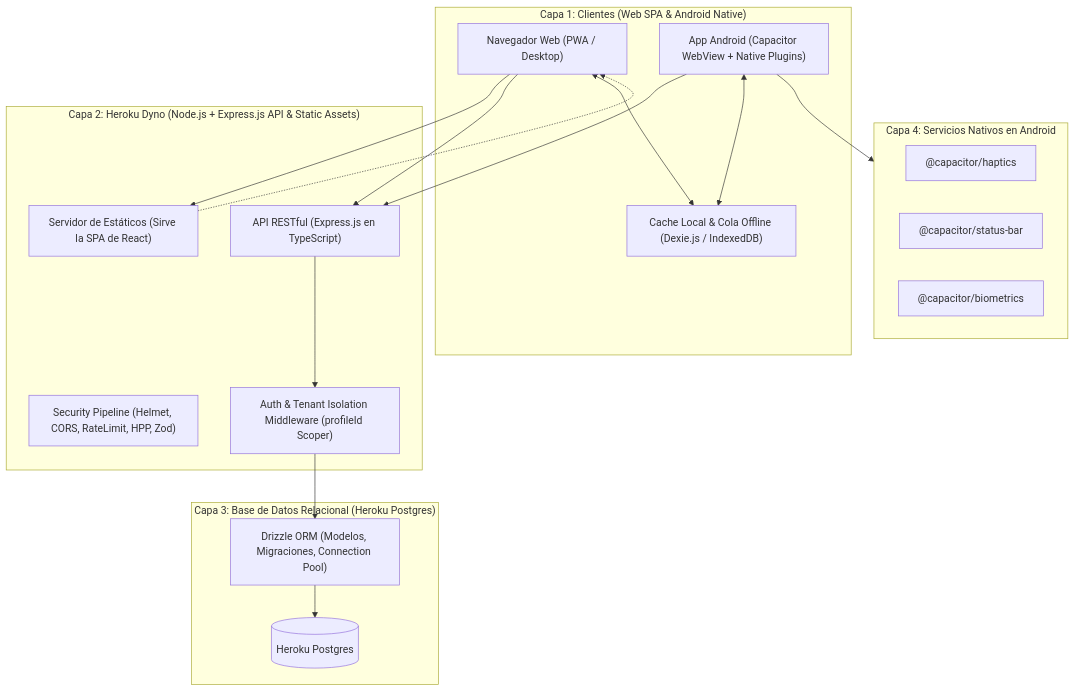
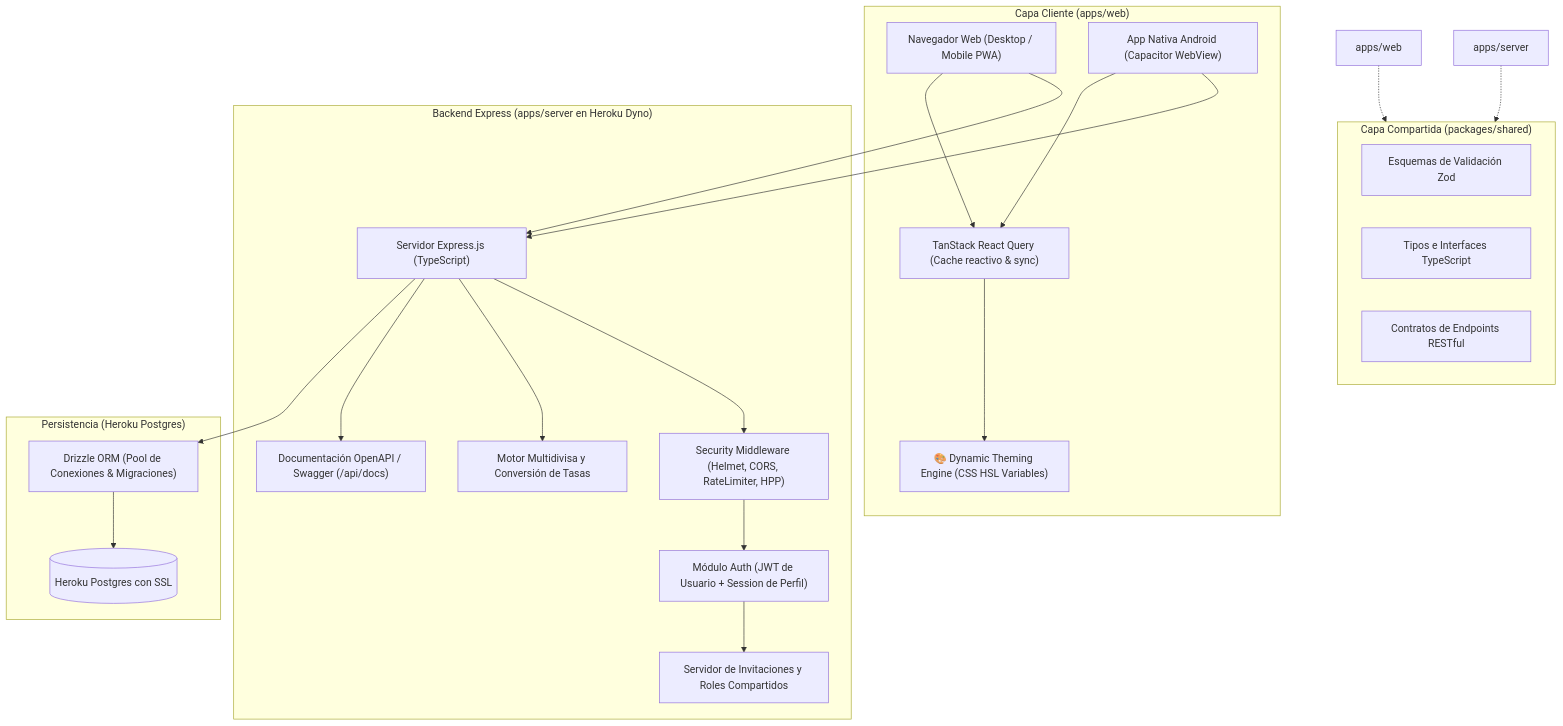
The first of 2 diagrams in documentation/ARCHITECTURE.md (dypok/koin), drawn with Mermaid before and after one commit. The commit also changed other lines of this file and 6 other files, not shown here.

Commit message:
docs: finalize architecture with Turborepo, Netflix-style profiles, shared accounts RBAC, and multi-currency engine

````diff
--- a/documentation/ARCHITECTURE.md
+++ b/documentation/ARCHITECTURE.md
@@ -7,38 +7,47 @@
 ```mermaid
 flowchart TD
-    subgraph Clients ["Capa 1: Clientes (Web SPA & Android Native)"]
-        WebBrowser["Navegador Web (PWA / Desktop)"]
-        AndroidApp["App Android (Capacitor WebView + Native Plugins)"]
-        ClientCache["Cache Local & Cola Offline (Dexie.js / IndexedDB)"]
+    subgraph Clients ["Capa Cliente (apps/web)"]
+        WebBrowser["Navegador Web (Desktop / Mobile PWA)"]
+        AndroidApp["App Nativa Android (Capacitor WebView)"]
+        ReactQuery["TanStack React Query (Cache reactivo & sync)"]
+        ThemeEngine["🎨 Dynamic Theming Engine (CSS HSL Variables)"]
     end
 
-    subgraph HerokuDyno ["Capa 2: Heroku Dyno (Node.js + Express.js API & Static Assets)"]
-        StaticServer["Servidor de Estáticos (Sirve la SPA de React)"]
-        APIServer["API RESTful (Express.js en TypeScript)"]
-        SecurityStack["Security Pipeline (Helmet, CORS, RateLimit, HPP, Zod)"]
-        AuthGuard["Auth & Tenant Isolation Middleware (profileId Scoper)"]
+    subgraph SharedPkg ["Capa Compartida (packages/shared)"]
+        ZodSchemas["Esquemas de Validación Zod"]
+        SharedTypes["Tipos e Interfaces TypeScript"]
+        APIContracts["Contratos de Endpoints RESTful"]
     end
 
-    subgraph DataLayer ["Capa 3: Base de Datos Relacional (Heroku Postgres)"]
-        PostgresDB[(Heroku Postgres)]
-        DrizzleORM["Drizzle ORM (Modelos, Migraciones, Connection Pool)"]
+    subgraph HerokuDyno ["Backend Express (apps/server en Heroku Dyno)"]
+        ExpressApp["Servidor Express.js (TypeScript)"]
+        SecurityStack["Security Middleware (Helmet, CORS, RateLimiter, HPP)"]
+        AuthModule["Módulo Auth (JWT de Usuario + Session de Perfil)"]
+        InvitationService["Servidor de Invitaciones y Roles Compartidos"]
+        CurrencyEngine["Motor Multidivisa y Conversión de Tasas"]
+        SwaggerDocs["Documentación OpenAPI / Swagger (/api/docs)"]
     end
 
-    subgraph NativeBridge ["Capa 4: Servicios Nativos en Android"]
-        CapHaptics["@capacitor/haptics"]
-        CapStatusBar["@capacitor/status-bar"]
-        CapBiometrics["@capacitor/biometrics"]
+    subgraph DataLayer ["Persistencia (Heroku Postgres)"]
+        PostgresDB[(Heroku Postgres con SSL)]
+        DrizzleORM["Drizzle ORM (Pool de Conexiones & Migraciones)"]
     end
 
-    WebBrowser --> StaticServer
-    WebBrowser --> APIServer
-    AndroidApp --> APIServer
-    AndroidApp --> NativeBridge
-    AndroidApp <--> ClientCache
-    WebBrowser <--> ClientCache
+    WebBrowser --> ExpressApp
+    AndroidApp --> ExpressApp
+    WebBrowser --> ReactQuery
+    AndroidApp --> ReactQuery
+    ReactQuery --> ThemeEngine
 
-    StaticServer -.-> WebBrowser
-    APIServer --> AuthGuard
-    AuthGuard --> DrizzleORM
+    ExpressApp --> SecurityStack
+    SecurityStack --> AuthModule
+    AuthModule --> InvitationService
+    ExpressApp --> CurrencyEngine
+    ExpressApp --> SwaggerDocs
+
+    apps/web -.-> SharedPkg
+    apps/server -.-> SharedPkg
+
+    ExpressApp --> DrizzleORM
     DrizzleORM --> PostgresDB
 ```
````
